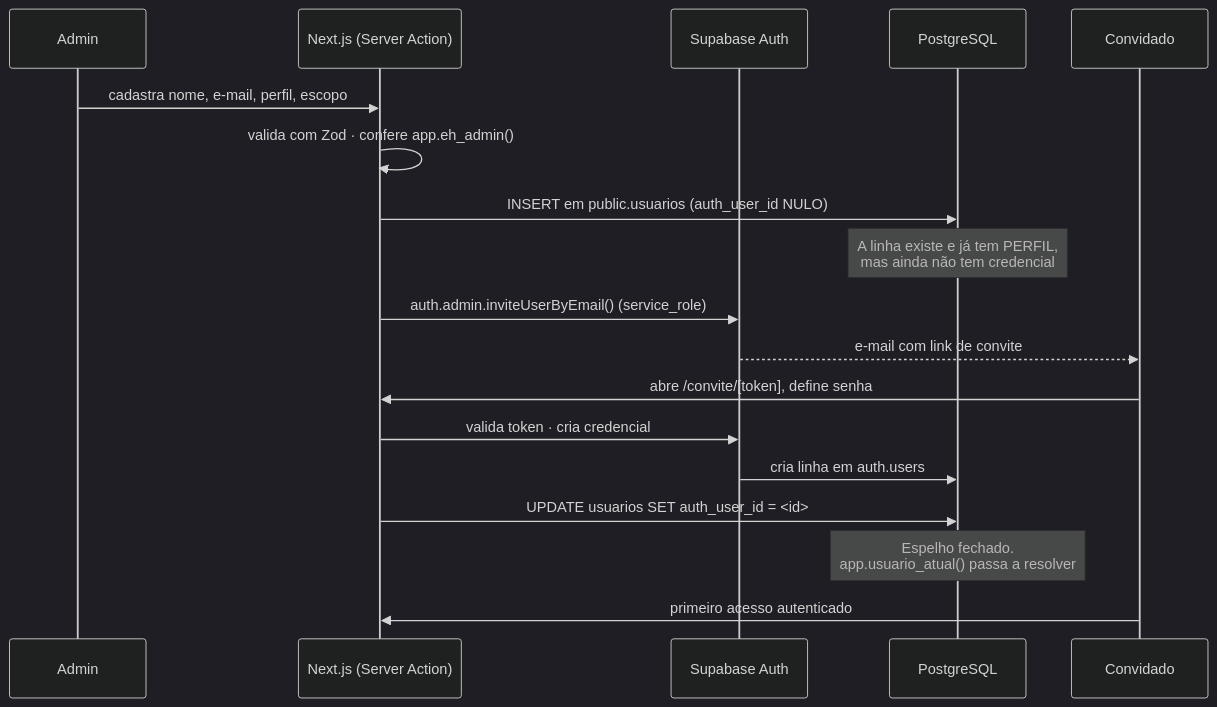
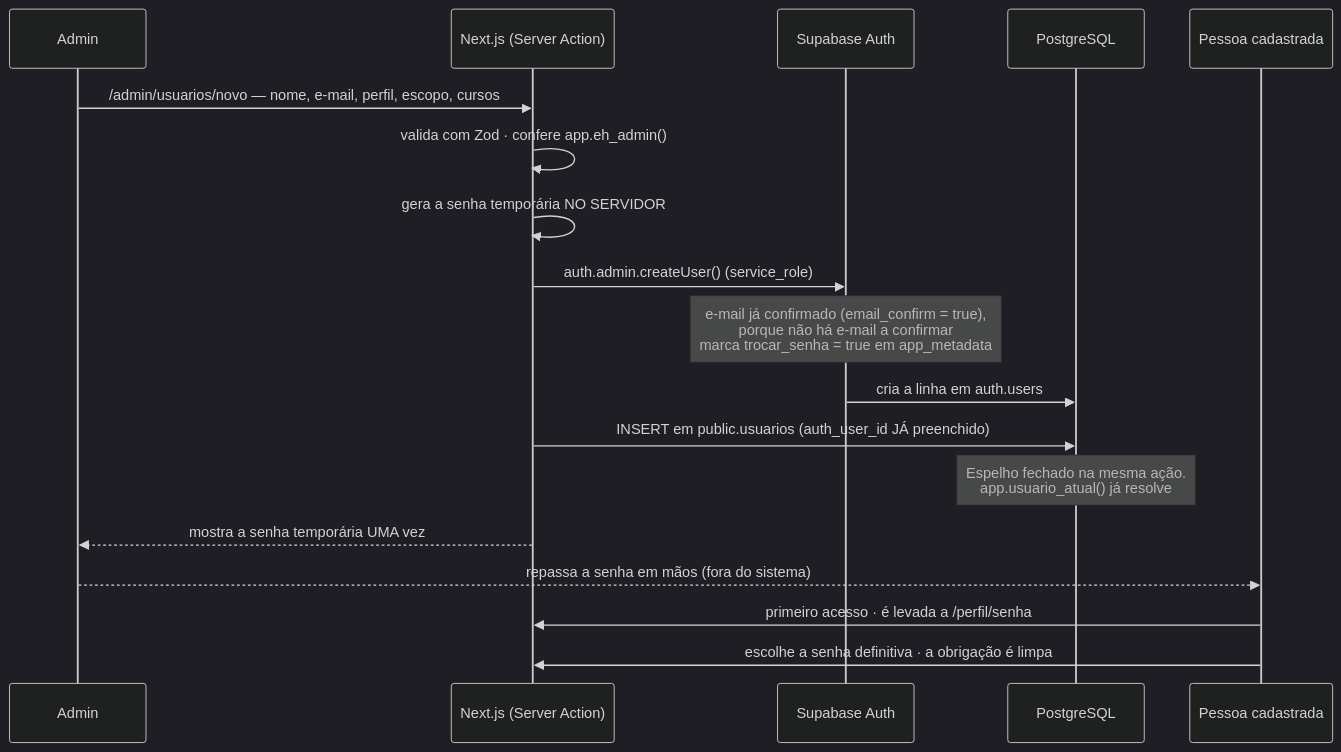
One commit to villasboasbernardo-hub/Sistema-de-Gestao-Academica-V2.1 changed the second of 2 diagrams in docs/fase-2/22-Seguranca-RLS-e-Autenticacao.md. Above: the diagram before and after it, drawn with Mermaid (dark theme). The commit also changed other lines of this file and 102 other files, not shown here.

````diff
--- a/docs/fase-2/22-Seguranca-RLS-e-Autenticacao.md
+++ b/docs/fase-2/22-Seguranca-RLS-e-Autenticacao.md
@@ -184,21 +224,21 @@
 ```mermaid
 sequenceDiagram
     participant Adm as Admin
     participant App as Next.js (Server Action)
     participant SA as Supabase Auth
     participant BD as PostgreSQL
-    participant Usu as Convidado
+    participant Usu as Pessoa cadastrada
 
-    Adm->>App: cadastra nome, e-mail, perfil, escopo
+    Adm->>App: /admin/usuarios/novo — nome, e-mail, perfil, escopo, cursos
     App->>App: valida com Zod · confere app.eh_admin()
-    App->>BD: INSERT em public.usuarios (auth_user_id NULO)
-    Note over BD: A linha existe e já tem PERFIL,<br/>mas ainda não tem credencial
-    App->>SA: auth.admin.inviteUserByEmail() (service_role)
-    SA-->>Usu: e-mail com link de convite
-    Usu->>App: abre /convite/[token], define senha
-    App->>SA: valida token · cria credencial
-    SA->>BD: cria linha em auth.users
-    App->>BD: UPDATE usuarios SET auth_user_id = <id>
-    Note over BD: Espelho fechado.<br/>app.usuario_atual() passa a resolver
-    Usu->>App: primeiro acesso autenticado
+    App->>App: gera a senha temporária NO SERVIDOR
+    App->>SA: auth.admin.createUser() (service_role)
+    Note over SA: e-mail já confirmado (email_confirm = true),<br/>porque não há e-mail a confirmar<br/>marca trocar_senha = true em app_metadata
+    SA->>BD: cria a linha em auth.users
+    App->>BD: INSERT em public.usuarios (auth_user_id JÁ preenchido)
+    Note over BD: Espelho fechado na mesma ação.<br/>app.usuario_atual() já resolve
+    App-->>Adm: mostra a senha temporária UMA vez
+    Adm-->>Usu: repassa a senha em mãos (fora do sistema)
+    Usu->>App: primeiro acesso · é levada a /perfil/senha
+    Usu->>App: escolhe a senha definitiva · a obrigação é limpa
 ```
````
